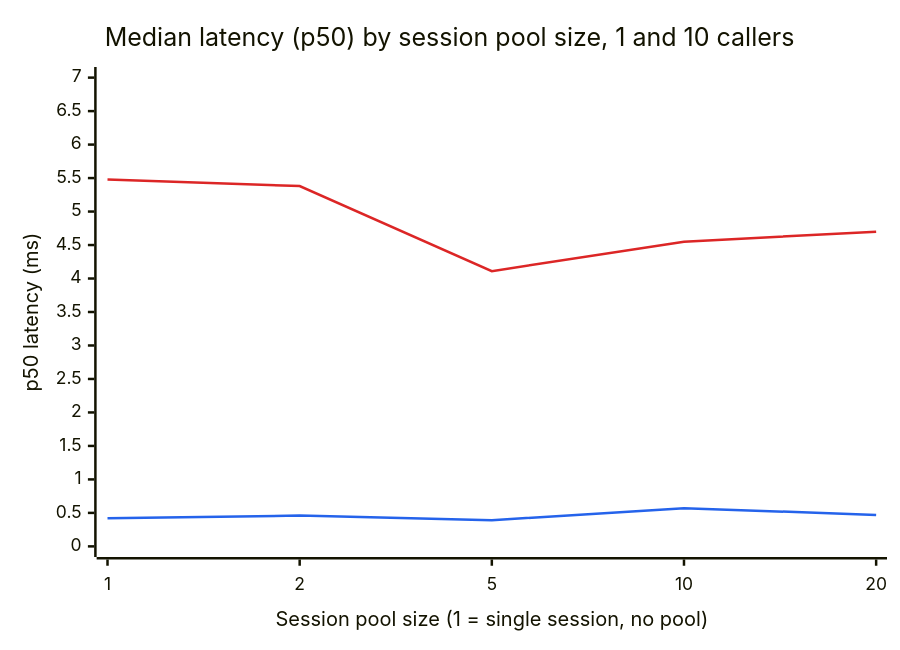
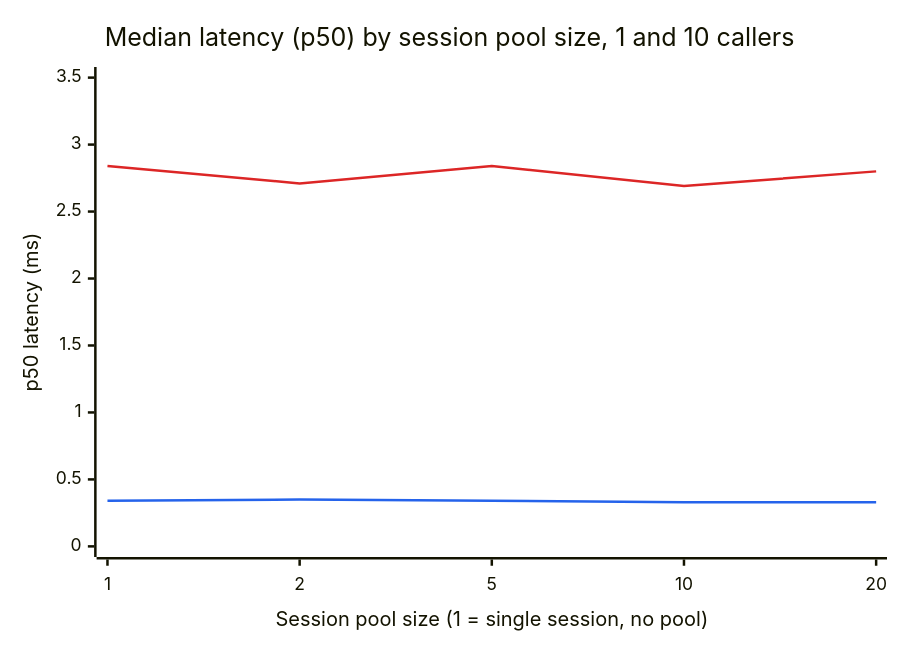
One commit to aisrael/hsm-signing-service changed the fifth of 9 diagrams in docs/benchmarks.md. Above: the diagram before and after it, drawn with Mermaid. The commit also changed other lines of this file and 1 other file, not shown here.

````diff
--- a/docs/benchmarks.md
+++ b/docs/benchmarks.md
@@ -156,9 +157,9 @@
 ```mermaid
 %%{init: {"themeVariables": {"xyChart": {"plotColorPalette": "#2563eb,#dc2626"}}}}%%
 xychart-beta
     title "Median latency (p50) by session pool size, 1 and 10 callers"
     x-axis "Session pool size (1 = single session, no pool)" ["1", "2", "5", "10", "20"]
-    y-axis "p50 latency (ms)" 0 --> 7
-    line [0.42, 0.46, 0.39, 0.57, 0.47]
-    line [5.48, 5.38, 4.11, 4.55, 4.70]
+    y-axis "p50 latency (ms)" 0 --> 3.5
+    line [0.34, 0.35, 0.34, 0.33, 0.33]
+    line [2.84, 2.71, 2.84, 2.69, 2.80]
 ```
````
